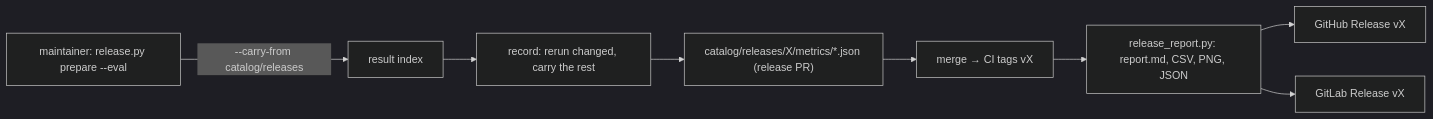
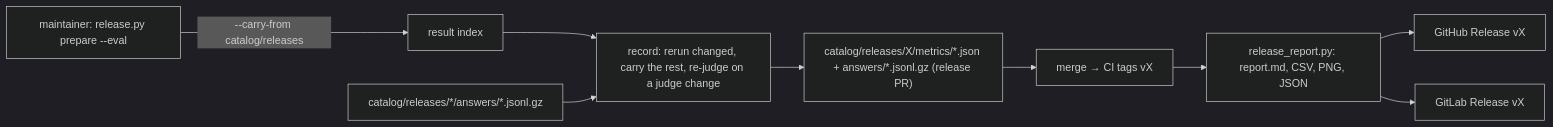
Before and after one commit to msobroza/coding-agent-playbook: the diagram in specs/release-metric-artifacts.md, drawn with Mermaid (dark theme). The commit also changed other lines of this file and 1 other file, not shown here.

Commit message:
docs(adr): ADR 0014 and spec, a judge change re-grades stored answers and reports agreement

````diff
--- a/specs/release-metric-artifacts.md
+++ b/specs/release-metric-artifacts.md
@@ -224,10 +336,11 @@
 ```mermaid
 flowchart LR
   M["maintainer: release.py prepare --eval"] -->|"--carry-from catalog/releases"| I[result index]
-  I --> R["record: rerun changed, carry the rest"]
-  R --> F["catalog/releases/X/metrics/*.json (release PR)"]
+  I --> R["record: rerun changed, carry the rest, re-judge on a judge change"]
+  A["catalog/releases/*/answers/*.jsonl.gz"] --> R
+  R --> F["catalog/releases/X/metrics/*.json + answers/*.jsonl.gz (release PR)"]
   F --> T["merge → CI tags vX"]
   T --> B["release_report.py: report.md, CSV, PNG, JSON"]
   B --> GH[GitHub Release vX]
   B --> GL[GitLab Release vX]
 ```
````
